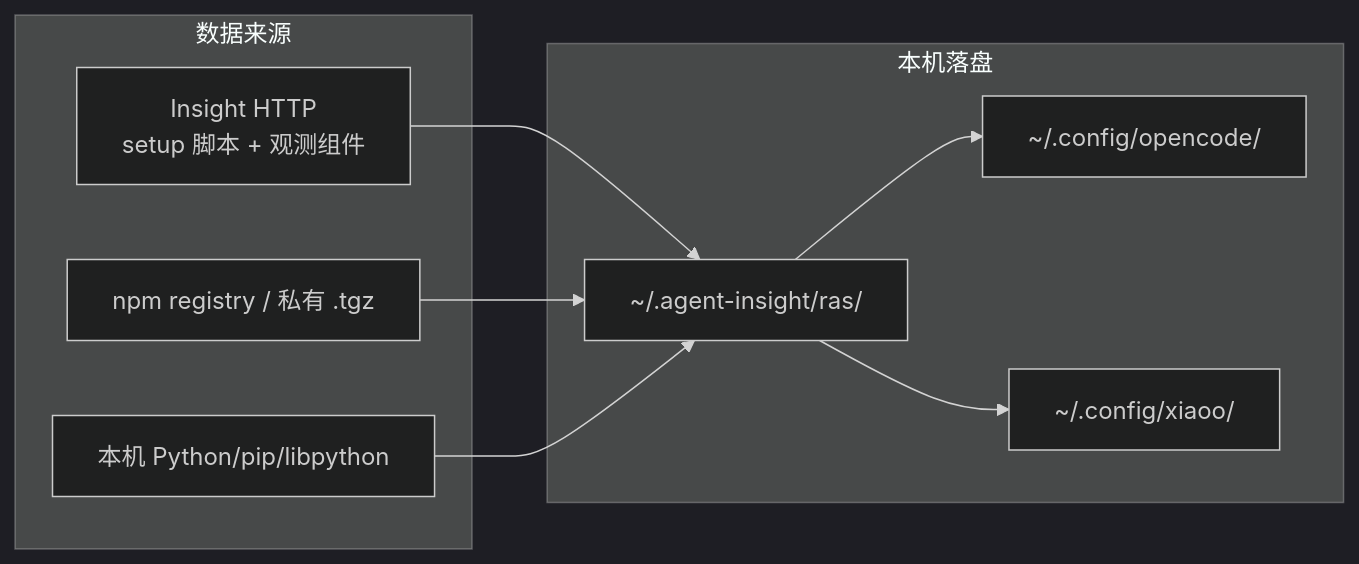
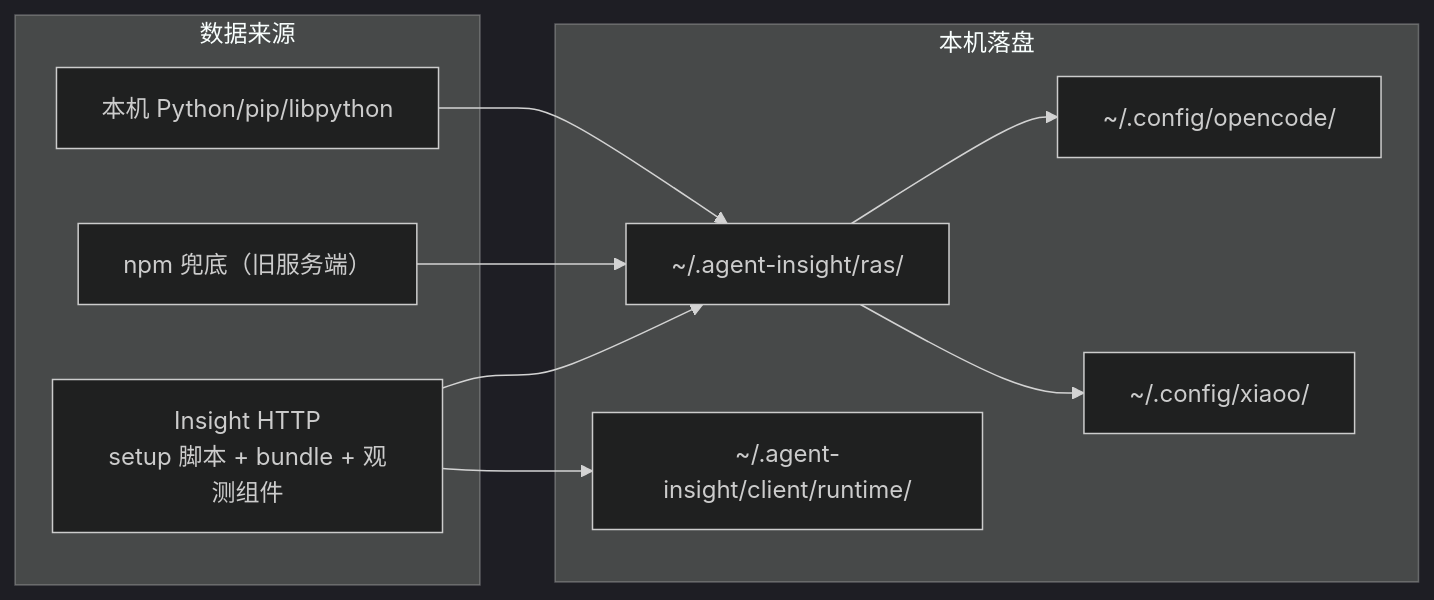
One commit to openeuler-mirror/agent-insight changed the fourth of 4 diagrams in docs/agent-ras/guides/local-install-process.md. Above: the diagram before and after it, drawn with Mermaid (dark theme). The commit also changed other lines of this file and 4 other files, not shown here.

First line of the commit message:
docs: 对齐服务端 bundle 三级回退安装与 client/runtime 固化

````diff
--- a/docs/agent-ras/guides/local-install-process.md
+++ b/docs/agent-ras/guides/local-install-process.md
@@ -288,18 +299,20 @@
 ```mermaid
 flowchart LR
   subgraph sources ["数据来源"]
-    InsightHTTP["Insight HTTP<br/>setup 脚本 + 观测组件"]
-    Registry["npm registry / 私有 .tgz"]
+    InsightHTTP["Insight HTTP<br/>setup 脚本 + bundle + 观测组件"]
+    Registry["npm 兜底（旧服务端）"]
     LocalPy["本机 Python/pip/libpython"]
   end
   subgraph sinks ["本机落盘"]
     RasDir["~/.agent-insight/ras/"]
+    ClientRt["~/.agent-insight/client/runtime/"]
     OC["~/.config/opencode/"]
     XO["~/.config/xiaoo/"]
   end
   InsightHTTP --> RasDir
+  InsightHTTP --> ClientRt
   Registry --> RasDir
   LocalPy --> RasDir
   RasDir --> OC
   RasDir --> XO
 ```
````
